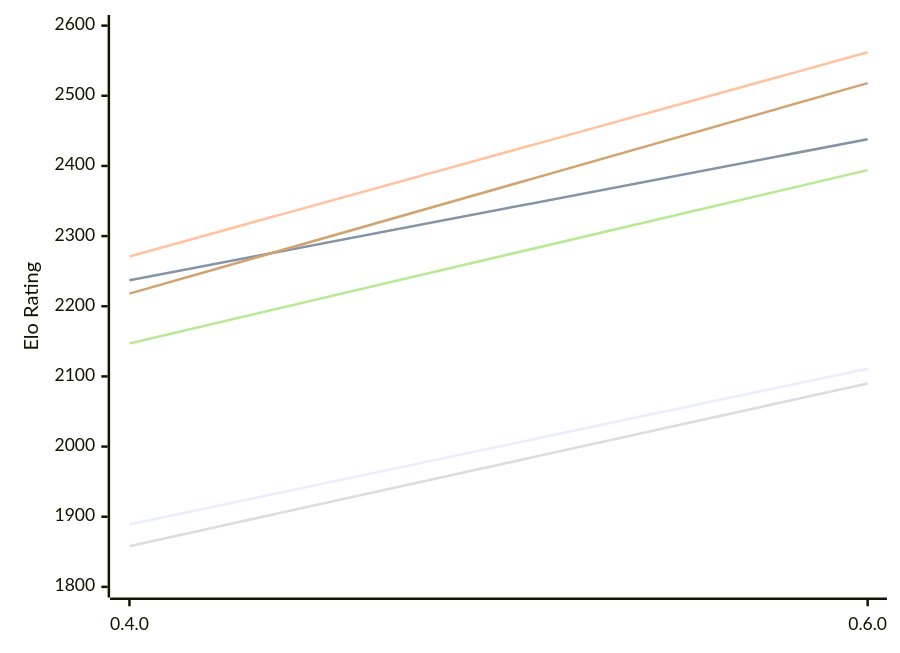
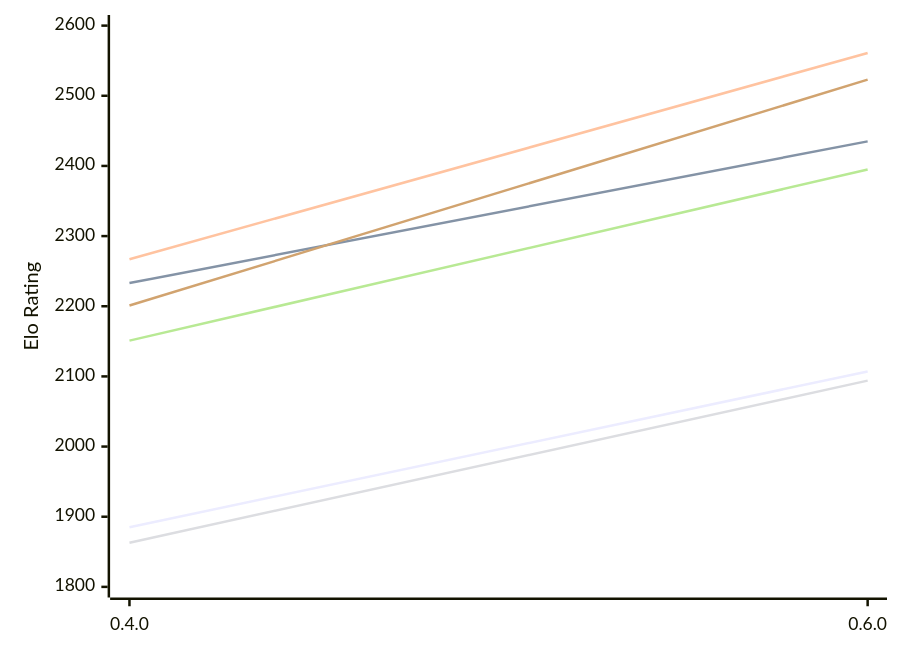
One commit to computer-chess-index/cci changed the first of 2 diagrams in engines/Ariadne.md. Above: the diagram before and after it, drawn with Mermaid. The commit also changed other lines of this file, not shown here.

Commit message:
Update CCI Ratings (ELO VLTC) - 2026-11-21

````diff
--- a/engines/Ariadne.md
+++ b/engines/Ariadne.md
@@ -50,12 +50,12 @@
 ```mermaid
 %%{init: {"theme":"base","themeVariables":{"seriesColors:['#a3a3a3','#222221','#faa371']}}}%%
 xychart-beta
   x-axis ["0.4.0", "0.6.0"]
   y-axis "Elo Rating" 1800 --> 2600
-  line "E1: STC (8.0+0.08s)" [1889, 2111]
-  line "E1: LTC (60.0+0.60s)" [2237, 2438]
-  line "E1: VLTC (2m24s+1.12s)" [2271, 2562]
-  line "P1: STC (8.0+0.08s)" [1858, 2090]
-  line "P1: LTC (60.0+0.60s)" [2147, 2394]
-  line "P1: VLTC (2m24s+1.12s)" [2218, 2518]
+  line "E1: STC (8.0+0.08s)" [1885, 2107]
+  line "E1: LTC (60.0+0.60s)" [2233, 2435]
+  line "E1: VLTC (2m24s+1.12s)" [2267, 2561]
+  line "P1: STC (8.0+0.08s)" [1863, 2094]
+  line "P1: LTC (60.0+0.60s)" [2151, 2395]
+  line "P1: VLTC (2m24s+1.12s)" [2201, 2523]
 ```
````
